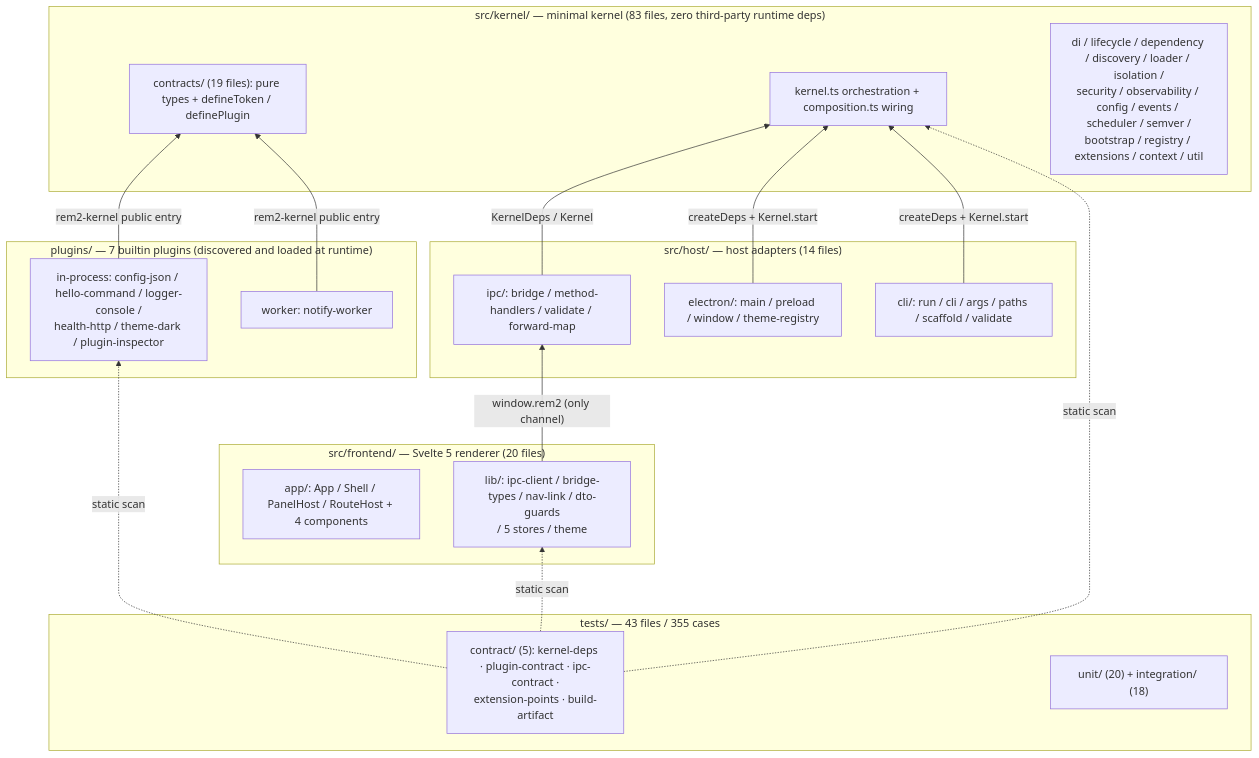
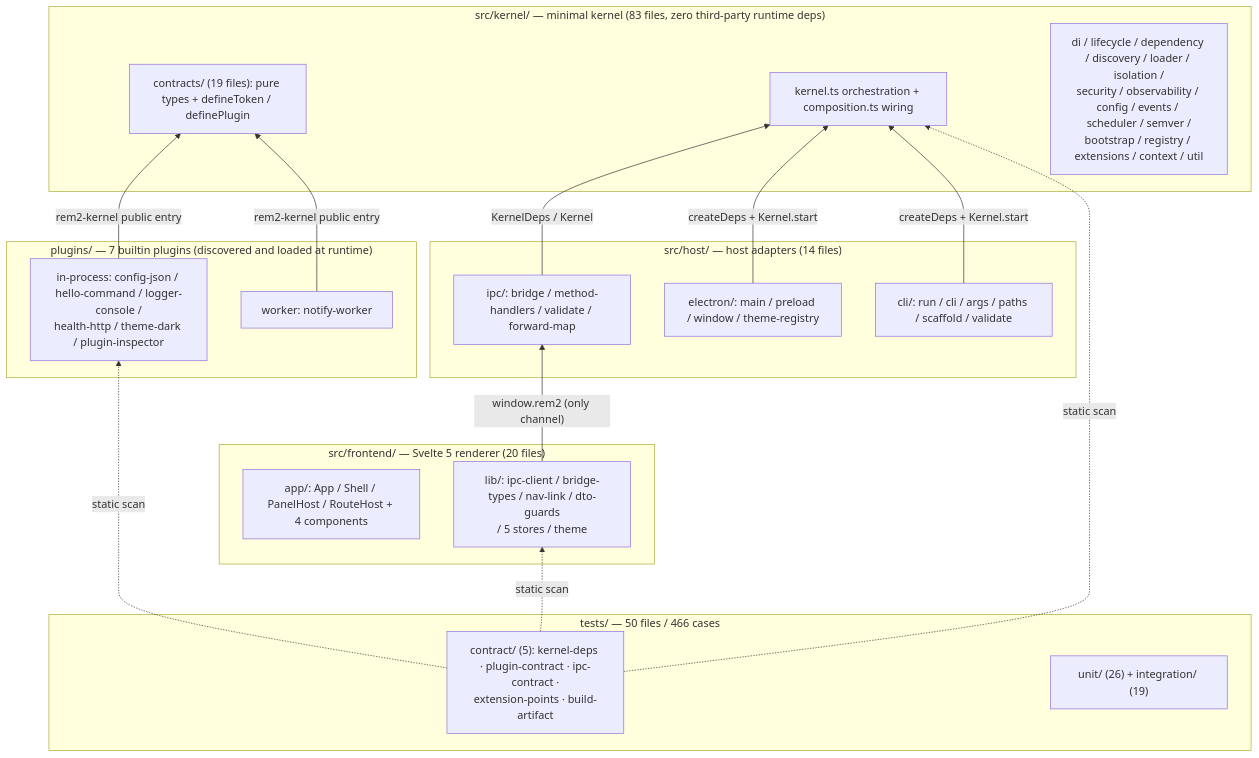
The first of 5 diagrams in docs/en/01-architecture-overview.md (kino14910/REM2), drawn with Mermaid before and after one commit. The commit also changed other lines of this file and 13 other files, not shown here.

````diff
--- a/docs/en/01-architecture-overview.md
+++ b/docs/en/01-architecture-overview.md
@@ -19,39 +19,39 @@
 ```mermaid
 graph BT
     subgraph L1["plugins/ — 7 builtin plugins (discovered and loaded at runtime)"]
         PA["in-process: config-json / hello-command / logger-console /<br/>health-http / theme-dark / plugin-inspector"]
         PB["worker: notify-worker"]
     end
 
     subgraph L2["src/frontend/ — Svelte 5 renderer (20 files)"]
         FA["app/: App / Shell / PanelHost / RouteHost + 4 components"]
         FB["lib/: ipc-client / bridge-types / nav-link / dto-guards<br/>/ 5 stores / theme"]
     end
 
     subgraph L3["src/host/ — host adapters (14 files)"]
         HA["electron/: main / preload / window / theme-registry"]
         HB["ipc/: bridge / method-handlers / validate / forward-map"]
         HC["cli/: run / cli / args / paths / scaffold / validate"]
     end
 
     subgraph L4["src/kernel/ — minimal kernel (83 files, zero third-party runtime deps)"]
         KA["contracts/ (19 files): pure types + defineToken / definePlugin"]
         KB["kernel.ts orchestration + composition.ts wiring"]
         KC["di / lifecycle / dependency / discovery / loader / isolation /<br/>security / observability / config / events / scheduler / semver /<br/>bootstrap / registry / extensions / context / util"]
     end
 
-    subgraph L5["tests/ — 43 files / 355 cases"]
+    subgraph L5["tests/ — 50 files / 466 cases"]
         TA["contract/ (5): kernel-deps · plugin-contract · ipc-contract ·<br/>extension-points · build-artifact"]
-        TB["unit/ (20) + integration/ (18)"]
+        TB["unit/ (26) + integration/ (19)"]
     end
 
     FB -->|"window.rem2 (only channel)"| HB
     HB -->|"KernelDeps / Kernel"| KB
     HA -->|"createDeps + Kernel.start"| KB
     HC -->|"createDeps + Kernel.start"| KB
     PA -->|"rem2-kernel public entry"| KA
     PB -->|"rem2-kernel public entry"| KA
     TA -.->|"static scan"| KB
     TA -.->|"static scan"| FB
     TA -.->|"static scan"| PA
 ```
````
